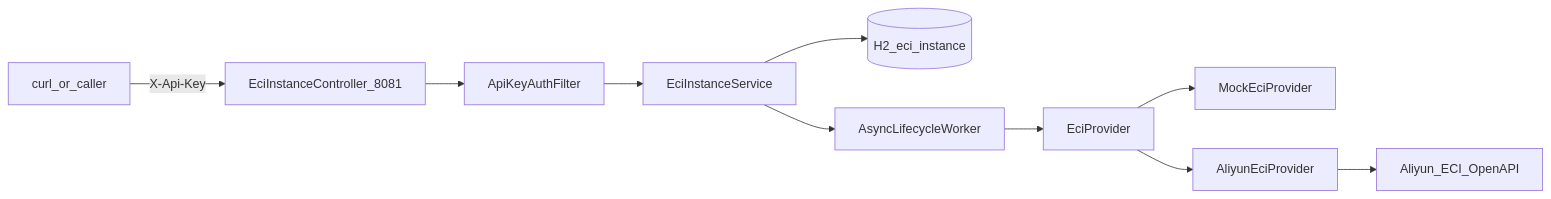
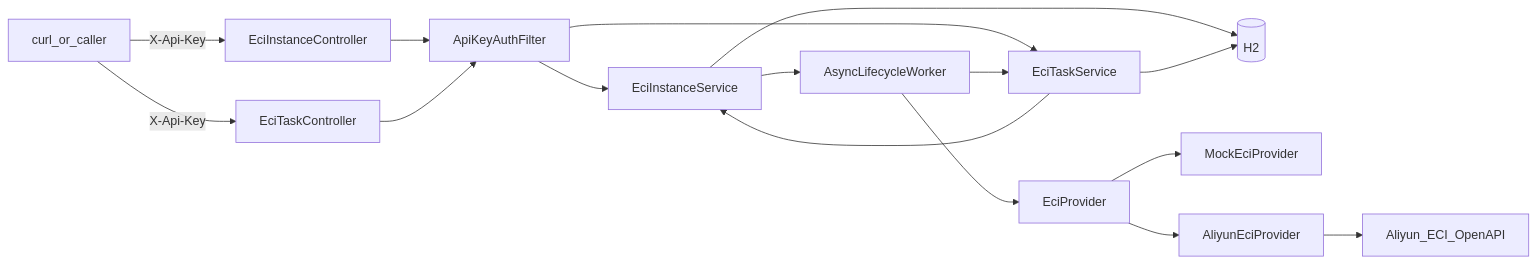
One commit to XJI1234/XJICloud changed the diagram in eci-manager/AGENT.md. Above: the diagram before and after it, drawn with Mermaid. The commit also changed other lines of this file and 4 other files, not shown here.

````diff
--- a/eci-manager/AGENT.md
+++ b/eci-manager/AGENT.md
@@ -64,12 +69,18 @@
 ```mermaid
 flowchart LR
-  Client["curl_or_caller"] -->|"X-Api-Key"| API["EciInstanceController_8081"]
-  API --> Filter["ApiKeyAuthFilter"]
-  Filter --> Svc["EciInstanceService"]
-  Svc --> DB[(H2_eci_instance)]
-  Svc --> Worker["AsyncLifecycleWorker"]
+  Client["curl_or_caller"] -->|"X-Api-Key"| InstAPI["EciInstanceController"]
+  Client -->|"X-Api-Key"| TaskAPI["EciTaskController"]
+  InstAPI --> Filter["ApiKeyAuthFilter"]
+  TaskAPI --> Filter
+  Filter --> InstSvc["EciInstanceService"]
+  Filter --> TaskSvc["EciTaskService"]
+  TaskSvc --> InstSvc
+  InstSvc --> DB[(H2)]
+  TaskSvc --> DB
+  InstSvc --> Worker["AsyncLifecycleWorker"]
   Worker --> Prov["EciProvider"]
+  Worker --> TaskSvc
   Prov --> Mock["MockEciProvider"]
   Prov --> Aliyun["AliyunEciProvider"]
   Aliyun --> Cloud["Aliyun_ECI_OpenAPI"]
 ```
````
